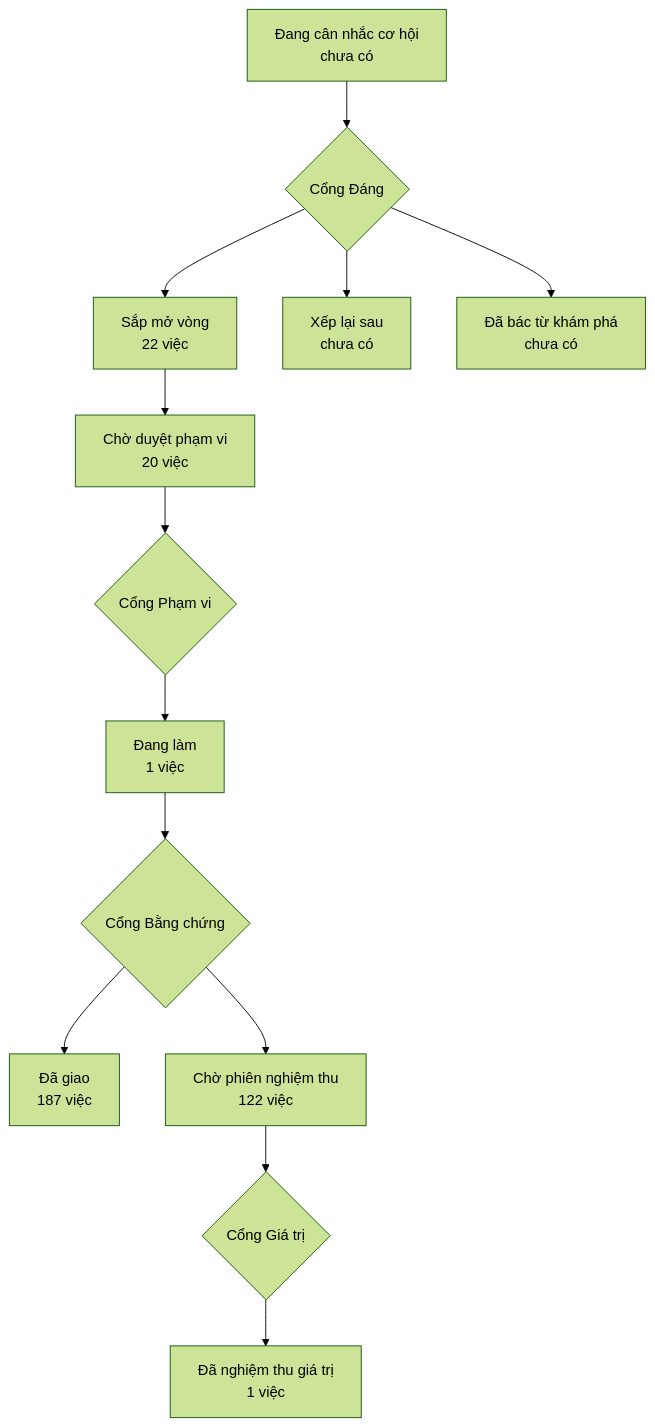
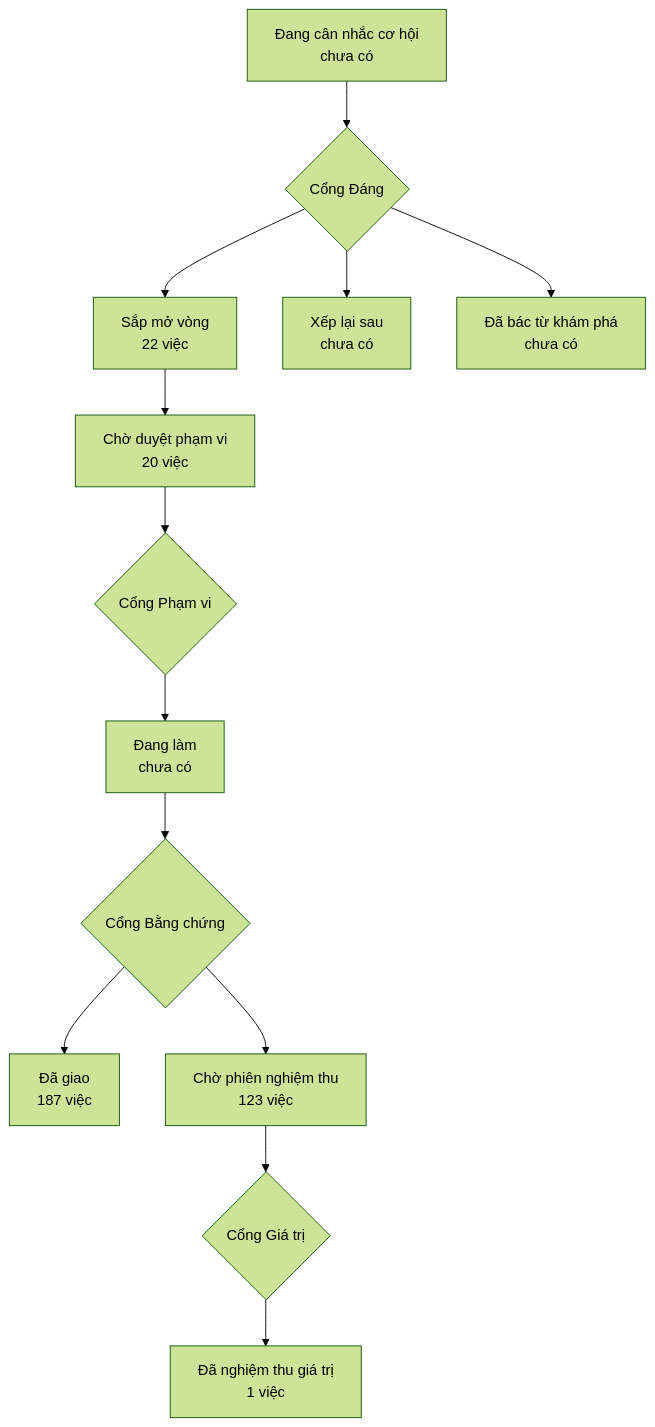
Before and after one commit to phanlemanh/onehub-invest: the diagram in PRODUCT-MAP.md, drawn with Mermaid (forest theme). The commit also changed other lines of this file and 5 other files, not shown here.

````diff
--- a/PRODUCT-MAP.md
+++ b/PRODUCT-MAP.md
@@ -7,12 +7,12 @@
 ```mermaid
 flowchart TD
   A["Đang cân nhắc cơ hội<br/>chưa có"] --> GD{"Cổng Đáng"}
   GD --> B["Sắp mở vòng<br/>22 việc"]
   GD --> XL["Xếp lại sau<br/>chưa có"]
   GD --> DB["Đã bác từ khám phá<br/>chưa có"]
   B --> CD["Chờ duyệt phạm vi<br/>20 việc"] --> GP{"Cổng Phạm vi"}
-  GP --> DL["Đang làm<br/>1 việc"] --> GB{"Cổng Bằng chứng"}
+  GP --> DL["Đang làm<br/>chưa có"] --> GB{"Cổng Bằng chứng"}
   GB --> DG["Đã giao<br/>187 việc"]
-  GB --> CN["Chờ phiên nghiệm thu<br/>122 việc"] --> GG{"Cổng Giá trị"}
+  GB --> CN["Chờ phiên nghiệm thu<br/>123 việc"] --> GG{"Cổng Giá trị"}
   GG --> NT["Đã nghiệm thu giá trị<br/>1 việc"]
 ```
````
